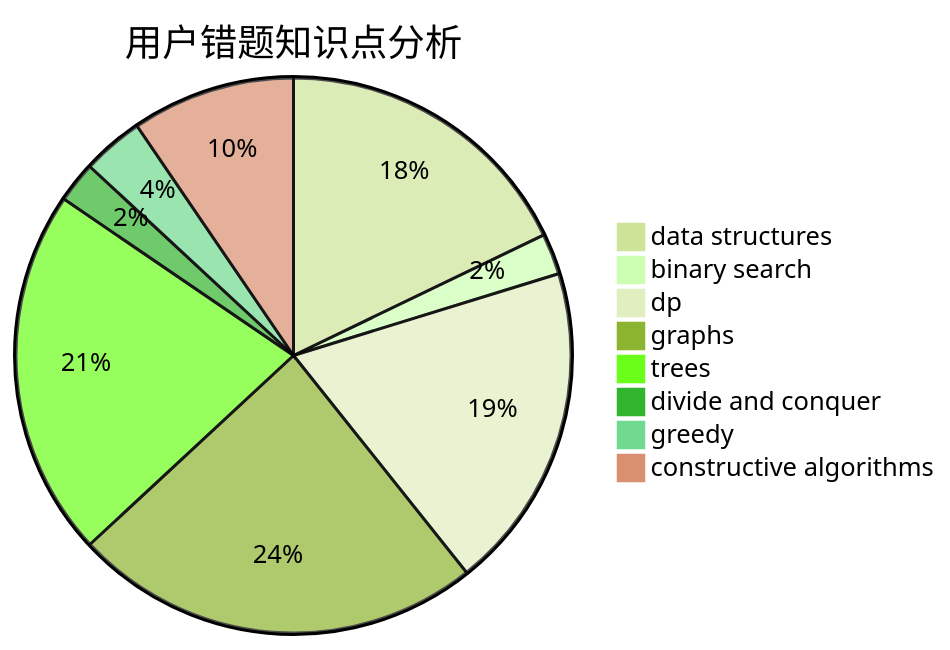
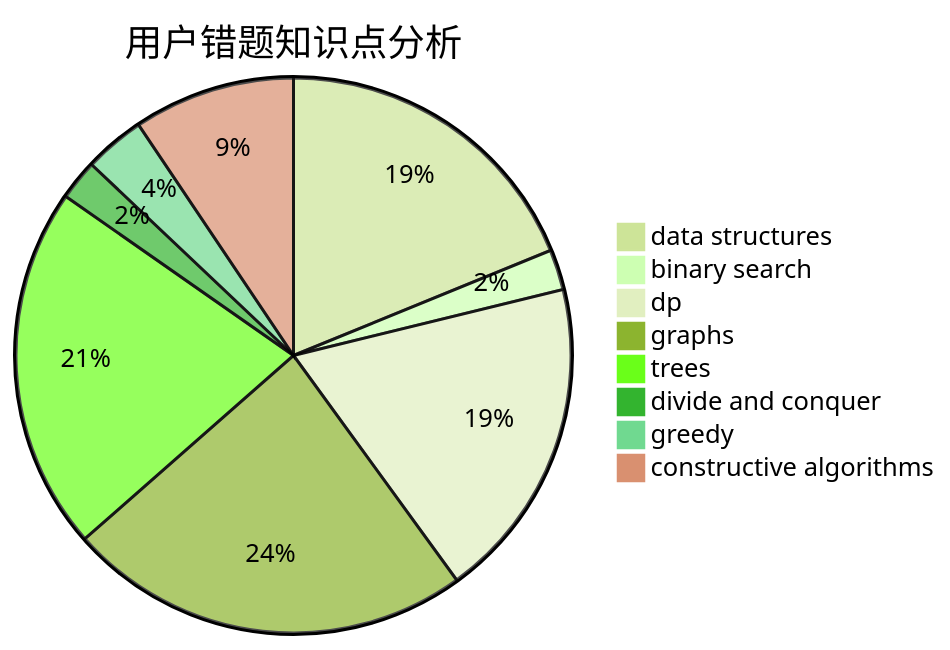
One commit to sherpahu/cfrs.github.io changed the third of 3 diagrams in docs/user/u2726.md. Above: the diagram before and after it, drawn with Mermaid (forest theme). The commit also changed other lines of this file and 2770 other files, not shown here.

````diff
--- a/docs/user/u2726.md
+++ b/docs/user/u2726.md
@@ -36,11 +36,11 @@
 ```mermaid
 pie title 用户错题知识点分析
-    "data structures" :  15
+    "data structures" :  16
     "binary search" :  2
     "dp" :  16
     "graphs" :  20
     "trees" :  18
     "divide and conquer" :  2
     "greedy" :  3
     "constructive algorithms" :  8
 ```
````
